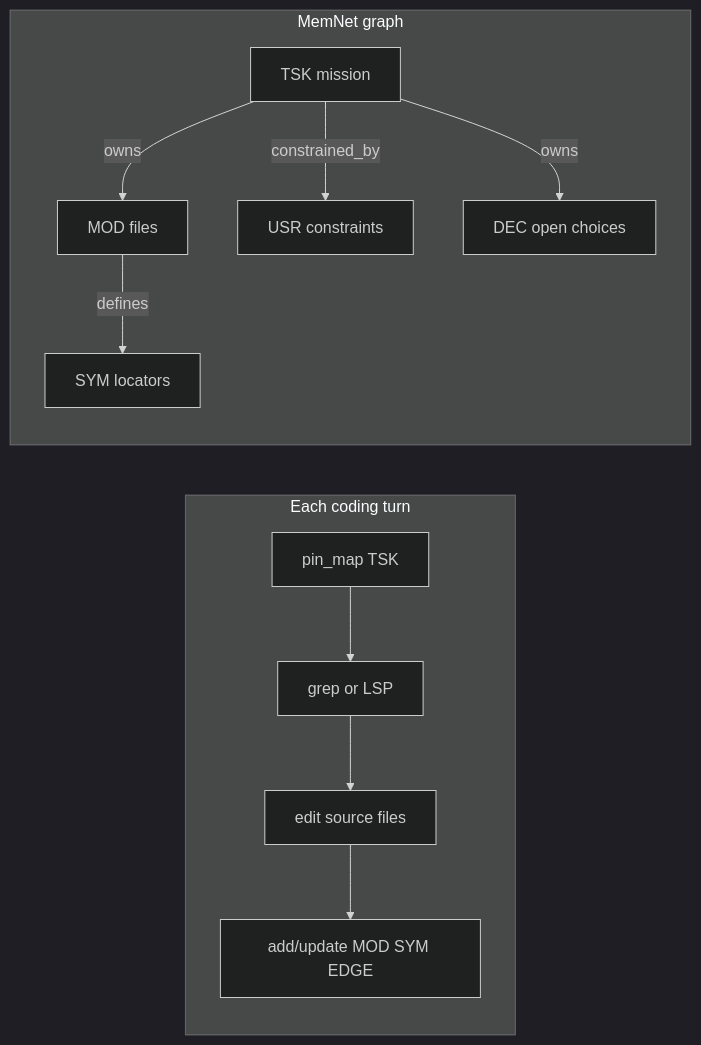
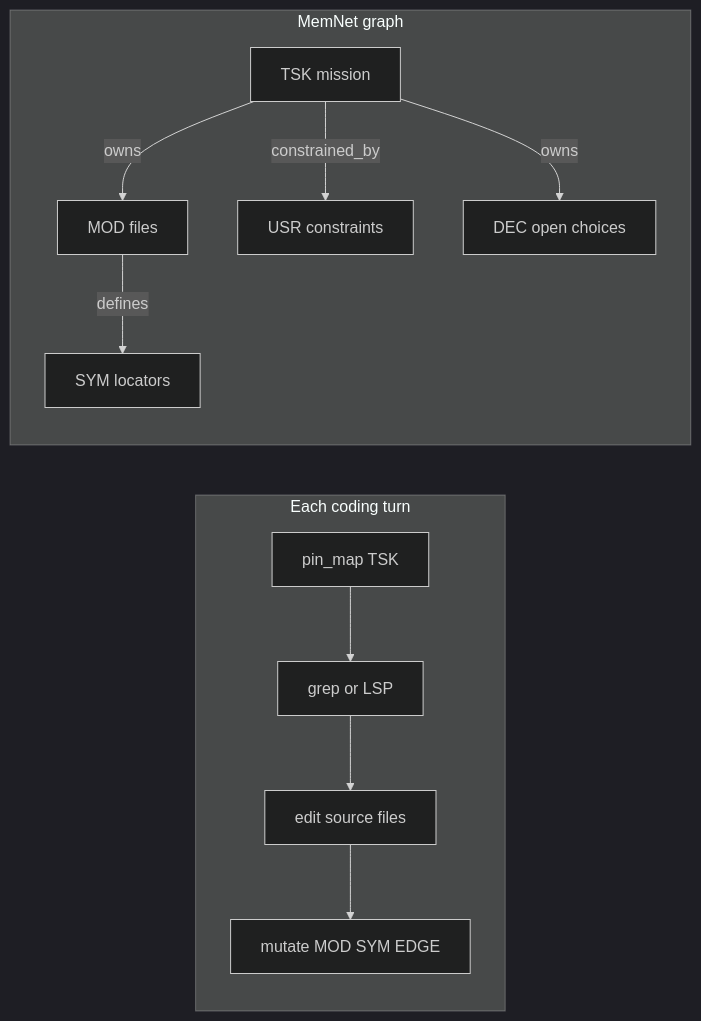
One commit to chouswei/MemNet changed the diagram in docs/application-notes/llm-software-development.md. Above: the diagram before and after it, drawn with Mermaid (dark theme). The commit also changed other lines of this file and 36 other files, not shown here.

````diff
--- a/docs/application-notes/llm-software-development.md
+++ b/docs/application-notes/llm-software-development.md
@@ -32,21 +32,21 @@
 ```mermaid
 flowchart LR
   subgraph turn_loop [Each coding turn]
     WARM[pin_map TSK]
     VERIFY[grep or LSP]
     EDIT[edit source files]
-    DELTA[add/update MOD SYM EDGE]
+    DELTA[mutate MOD SYM EDGE]
   end
   subgraph memnet_graph [MemNet graph]
     TSK[TSK mission]
     MOD[MOD files]
     SYM[SYM locators]
     USR[USR constraints]
     DEC[DEC open choices]
   end
   WARM --> VERIFY --> EDIT --> DELTA
   TSK -->|owns| MOD
   MOD -->|defines| SYM
   TSK -->|constrained_by| USR
   TSK -->|owns| DEC
 ```
````
